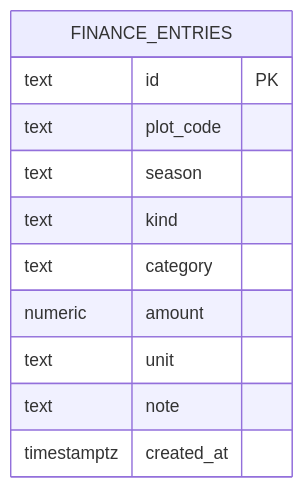
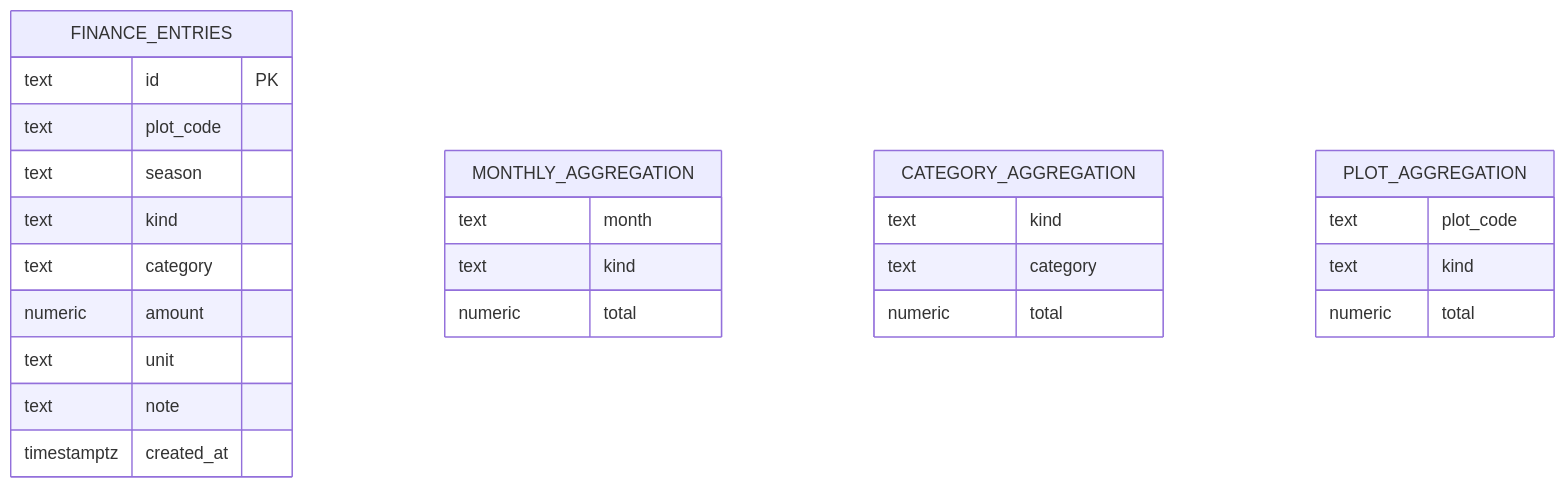
One commit to q446328246/agri-platform changed the eighth of 11 diagrams in .qoder/repowiki/zh/content/核心服务文档/财务管理服务.md. Above: the diagram before and after it, drawn with Mermaid. The commit also changed other lines of this file and 52 other files, not shown here.

````diff
--- a/.qoder/repowiki/zh/content/核心服务文档/财务管理服务.md
+++ b/.qoder/repowiki/zh/content/核心服务文档/财务管理服务.md
@@ -217,14 +332,29 @@
 ```mermaid
 erDiagram
 FINANCE_ENTRIES {
 text id PK
 text plot_code
 text season
 text kind
 text category
 numeric amount
 text unit
 text note
 timestamptz created_at
 }
+MONTHLY_AGGREGATION {
+text month
+text kind
+numeric total
+}
+CATEGORY_AGGREGATION {
+text kind
+text category
+numeric total
+}
+PLOT_AGGREGATION {
+text plot_code
+text kind
+numeric total
+}
 ```
````
